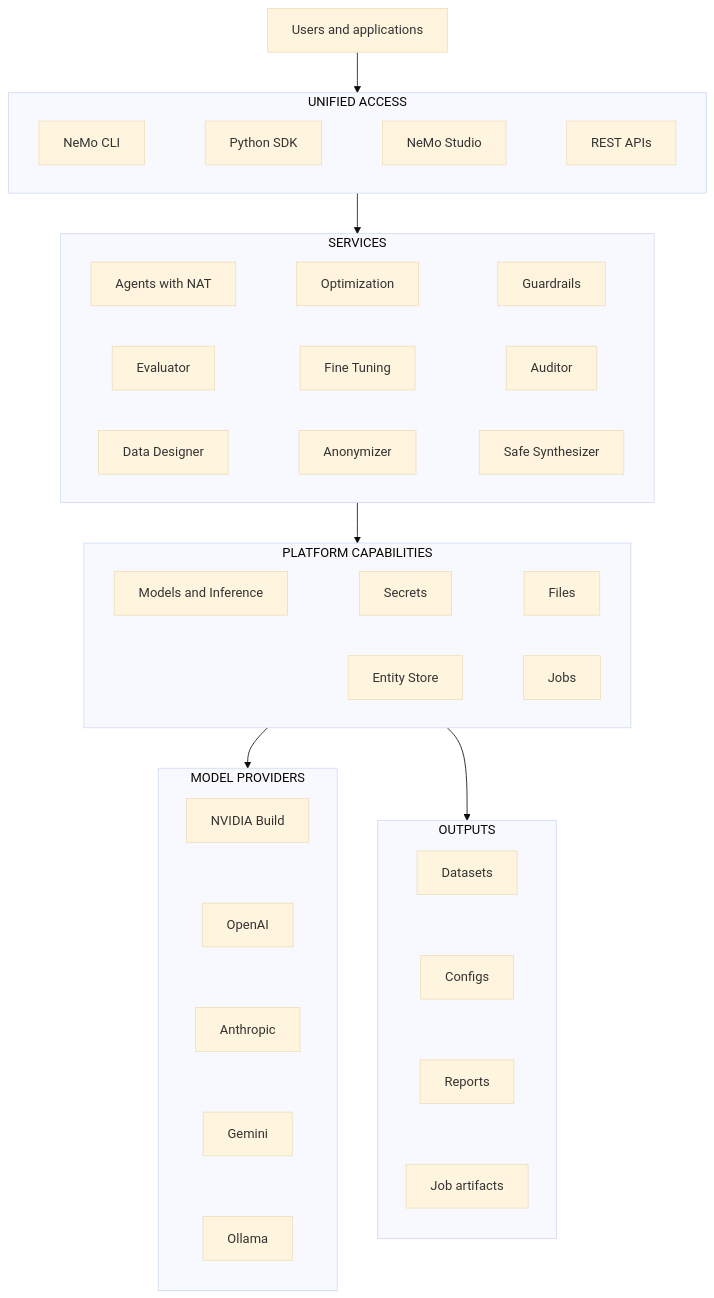
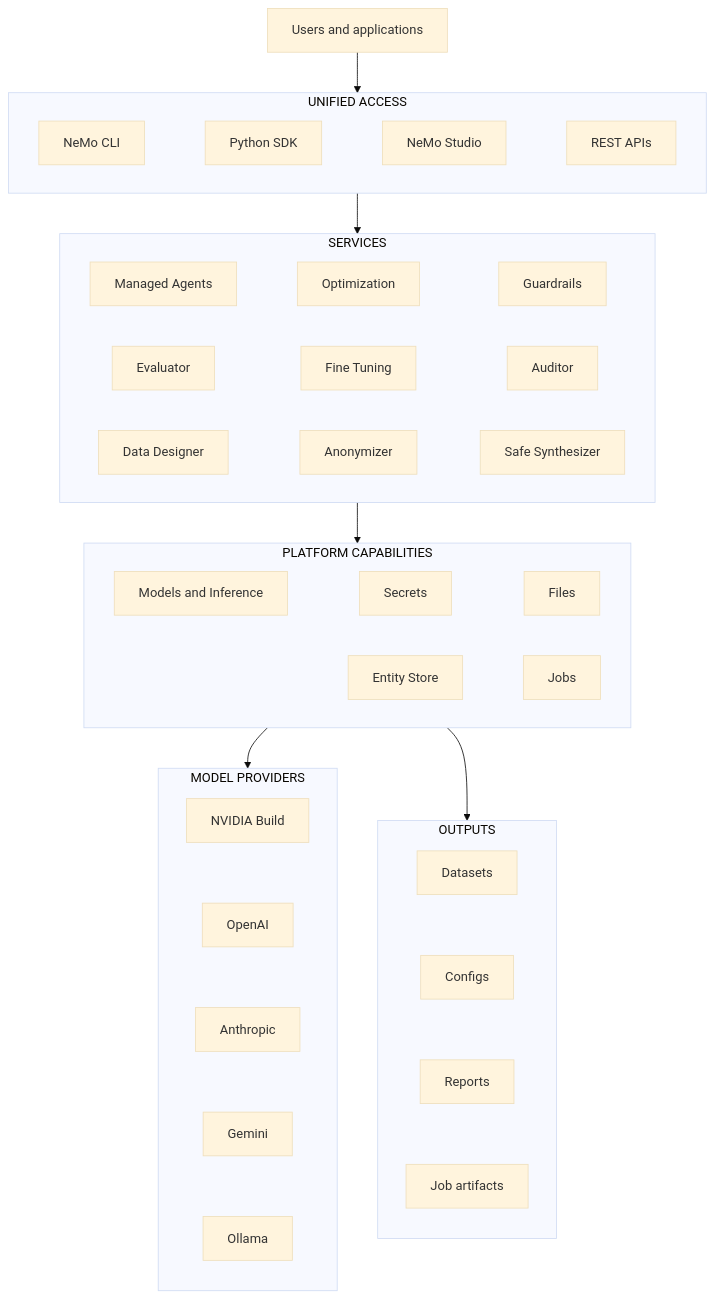
The diagram in docs/index.mdx (NVIDIA-NeMo/nemo-platform), drawn with Mermaid (base theme) before and after one commit. The commit also changed other lines of this file and 1 other file, not shown here.

````diff
--- a/docs/index.mdx
+++ b/docs/index.mdx
@@ -34,65 +34,65 @@
 ```mermaid
 flowchart TB
     Users["Users and applications"]
 
     subgraph AccessTier["UNIFIED ACCESS"]
         direction LR
         CLI["NeMo CLI"]
         SDK["Python SDK"]
         Studio["NeMo Studio"]
         REST["REST APIs"]
         CLI ~~~ SDK ~~~ Studio ~~~ REST
     end
 
     subgraph CapabilityTier["SERVICES"]
         direction LR
-        Agents["Agents with NAT"]
+        Agents["Managed Agents"]
         Optimization["Optimization"]
         Guardrails["Guardrails"]
         Evaluator["Evaluator"]
         FineTuning["Fine Tuning"]
         Auditor["Auditor"]
         DataDesigner["Data Designer"]
         Anonymizer["Anonymizer"]
         SafeSynthesizer["Safe Synthesizer"]
         Agents ~~~ Optimization ~~~ Guardrails
         Evaluator ~~~ FineTuning ~~~ Auditor
         DataDesigner ~~~ Anonymizer ~~~ SafeSynthesizer
     end
 
     subgraph SharedTier["PLATFORM CAPABILITIES"]
         direction LR
         IGW["Models and Inference"]
         Secrets["Secrets"]
         Files["Files"]
         Entities["Entity Store"]
         Jobs["Jobs"]
         IGW ~~~ Secrets ~~~ Files
         Entities ~~~ Jobs
     end
 
     subgraph ProviderTier["MODEL PROVIDERS"]
         direction TB
         NVIDIABuild["NVIDIA Build"]
         OpenAI["OpenAI"]
         Anthropic["Anthropic"]
         Gemini["Gemini"]
         Ollama["Ollama"]
         NVIDIABuild ~~~ OpenAI ~~~ Anthropic ~~~ Gemini ~~~ Ollama
     end
 
     subgraph OutputTier["OUTPUTS"]
         direction TB
         Datasets["Datasets"]
         Configs["Configs"]
         Reports["Reports"]
         JobArtifacts["Job artifacts"]
         Datasets ~~~ Configs ~~~ Reports ~~~ JobArtifacts
     end
 
     Users --> AccessTier
     AccessTier --> CapabilityTier
     CapabilityTier --> SharedTier
     SharedTier --> ProviderTier
     SharedTier --> OutputTier
 ```
````
